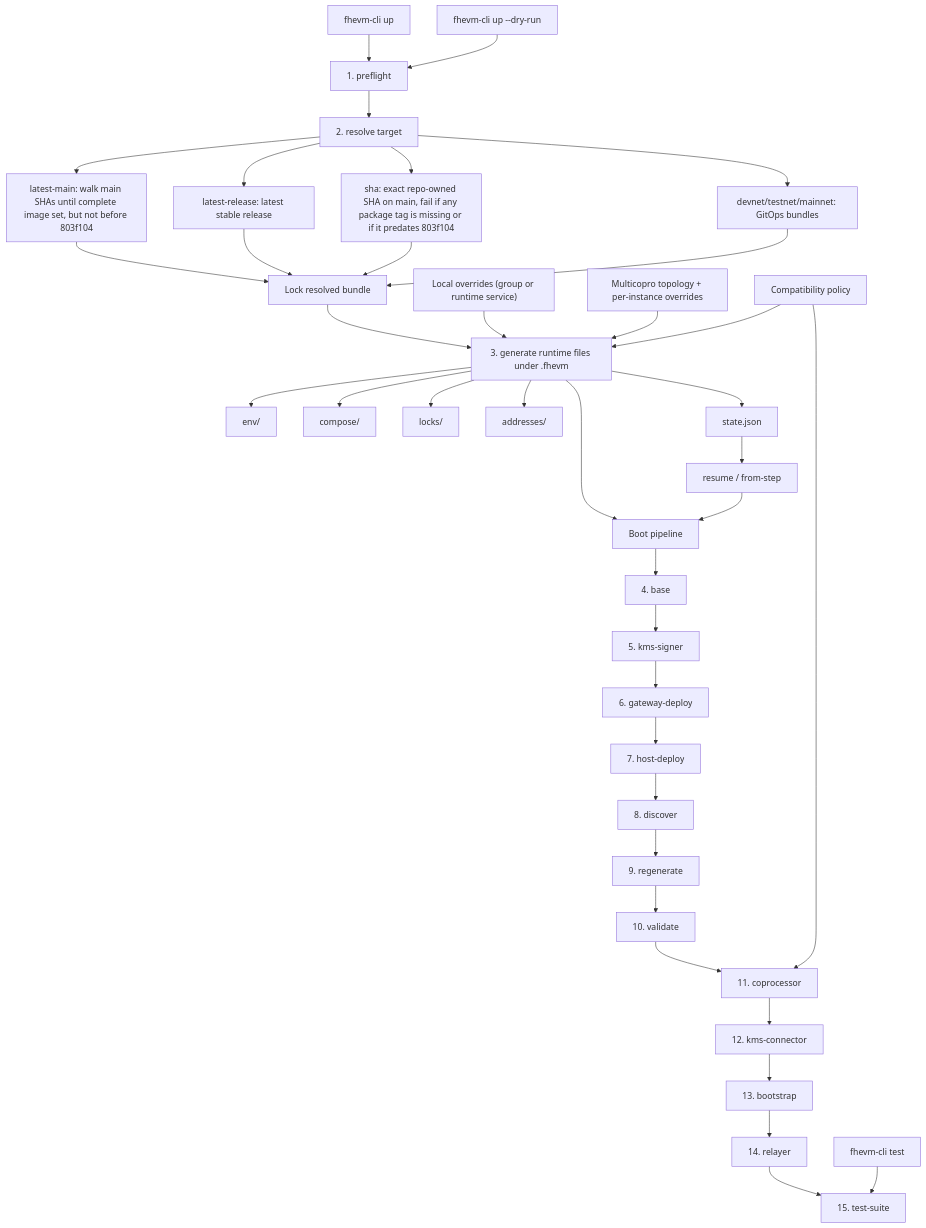
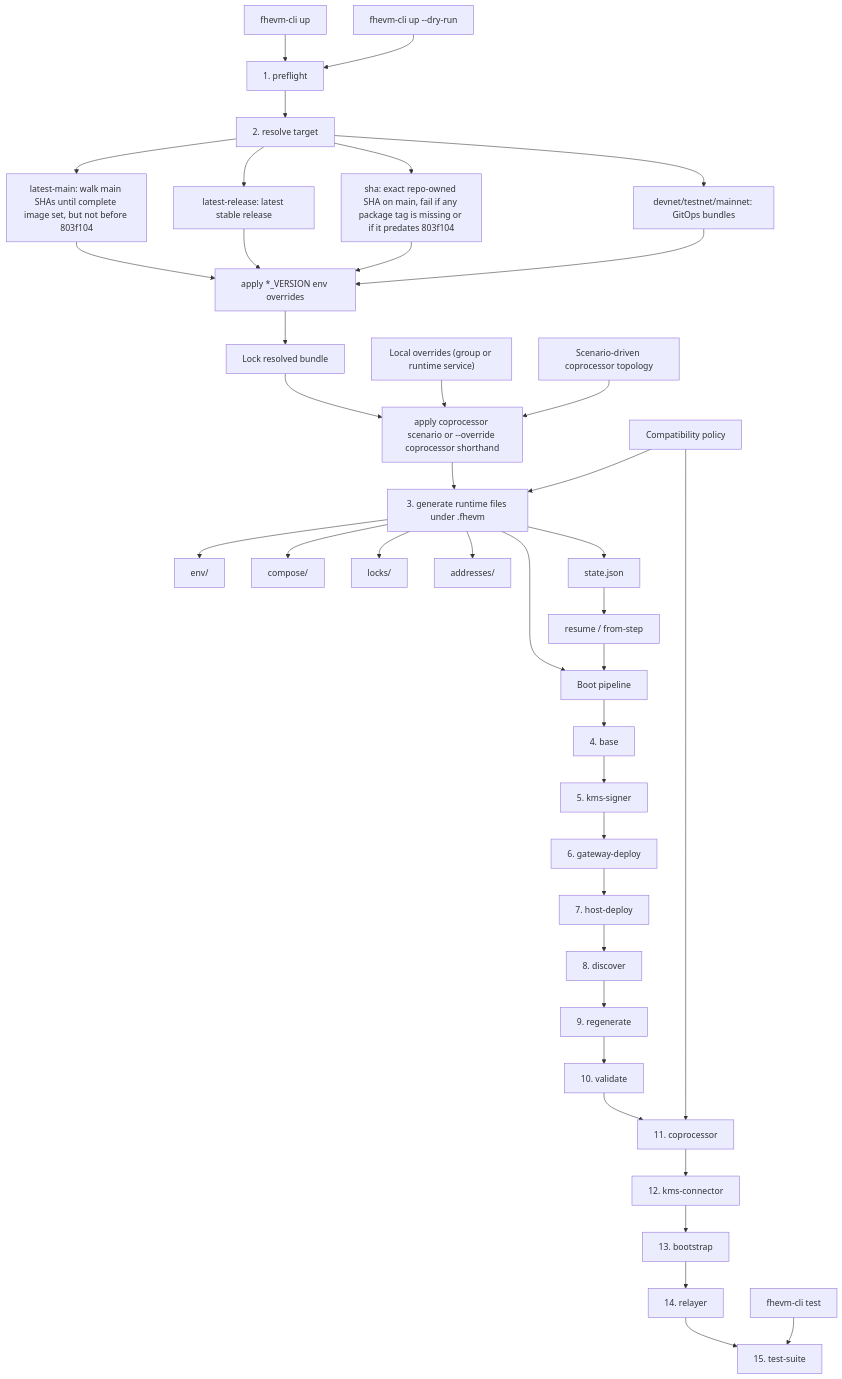
The diagram in test-suite/fhevm/ARCHITECTURE.md (zama-ai/fhevm), drawn with Mermaid before and after one commit. The commit also changed other lines of this file and 87 other files, not shown here.

Commit message:
refactor(fhevm-cli): add scenarios and normalize runtime artifacts

````diff
--- a/test-suite/fhevm/ARCHITECTURE.md
+++ b/test-suite/fhevm/ARCHITECTURE.md
@@ -5,45 +5,48 @@
 ```mermaid
 flowchart TD
   A["fhevm-cli up"] --> P["1. preflight"]
   P --> B["2. resolve target"]
   B --> B1["latest-main: walk main SHAs until complete image set, but not before 803f104"]
   B --> B2["latest-release: latest stable release"]
   B --> B3["sha: exact repo-owned SHA on main, fail if any package tag is missing or if it predates 803f104"]
   B --> B4["devnet/testnet/mainnet: GitOps bundles"]
-  B1 --> C["Lock resolved bundle"]
+  B1 --> C["apply *_VERSION env overrides"]
   B2 --> C
   B3 --> C
   B4 --> C
 
-  C --> E["3. generate runtime files under .fhevm"]
+  C --> C1["Lock resolved bundle"]
+  C1 --> C2["apply coprocessor scenario or --override coprocessor shorthand"]
+
+  C2 --> E["3. generate runtime files under .fhevm"]
   E --> E1["env/"]
   E --> E2["compose/"]
   E --> E3["locks/"]
   E --> E4["addresses/"]
   E --> E5["state.json"]
 
   E --> F["Boot pipeline"]
   F --> F1["4. base"]
   F1 --> F2["5. kms-signer"]
   F2 --> F3["6. gateway-deploy"]
   F3 --> F4["7. host-deploy"]
   F4 --> F5["8. discover"]
   F5 --> F6["9. regenerate"]
   F6 --> F7["10. validate"]
   F7 --> F8["11. coprocessor"]
   F8 --> F9["12. kms-connector"]
   F9 --> F10["13. bootstrap"]
   F10 --> F11["14. relayer"]
   F11 --> F12["15. test-suite"]
 
-  G["Local overrides (group or runtime service)"] --> E
-  H["Multicopro topology + per-instance overrides"] --> E
+  G["Local overrides (group or runtime service)"] --> C2
+  H["Scenario-driven coprocessor topology"] --> C2
   I["Compatibility policy"] --> E
   I --> F8
 
   E5 --> J["resume / from-step"]
   J --> F
 
   K["fhevm-cli test"] --> F12
   L["fhevm-cli up --dry-run"] --> P
 ```
````
